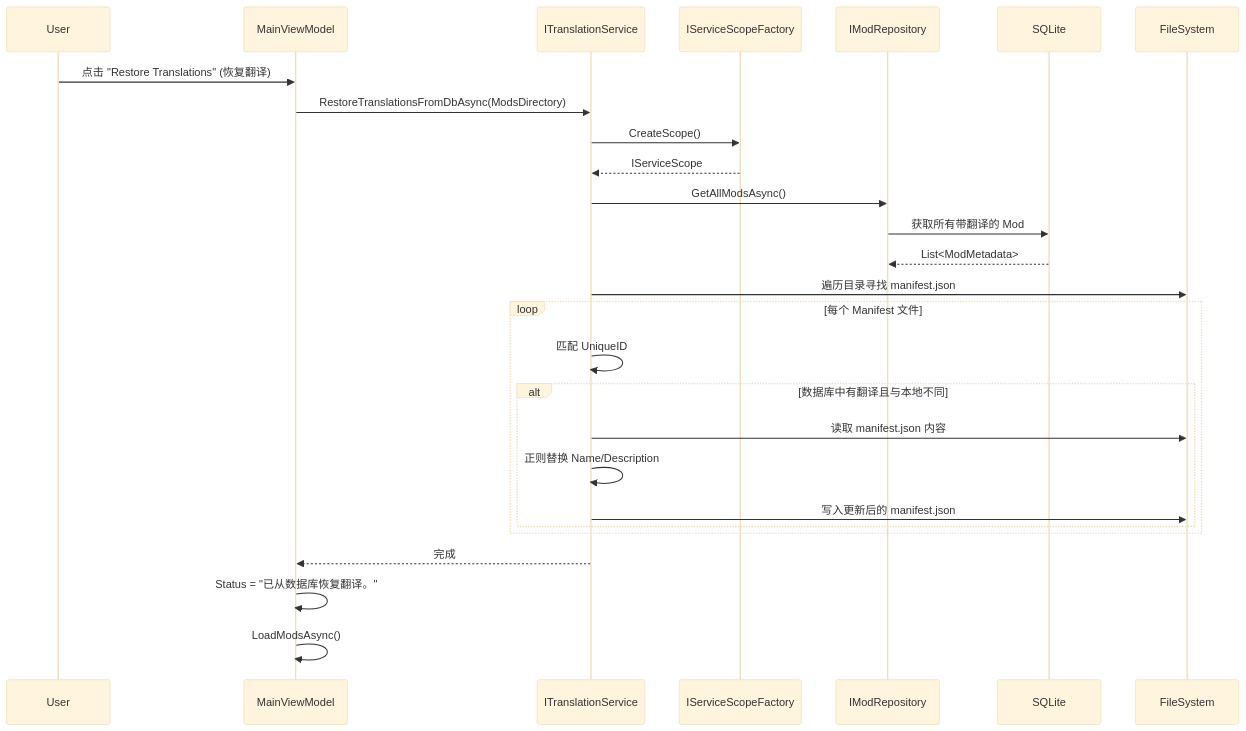
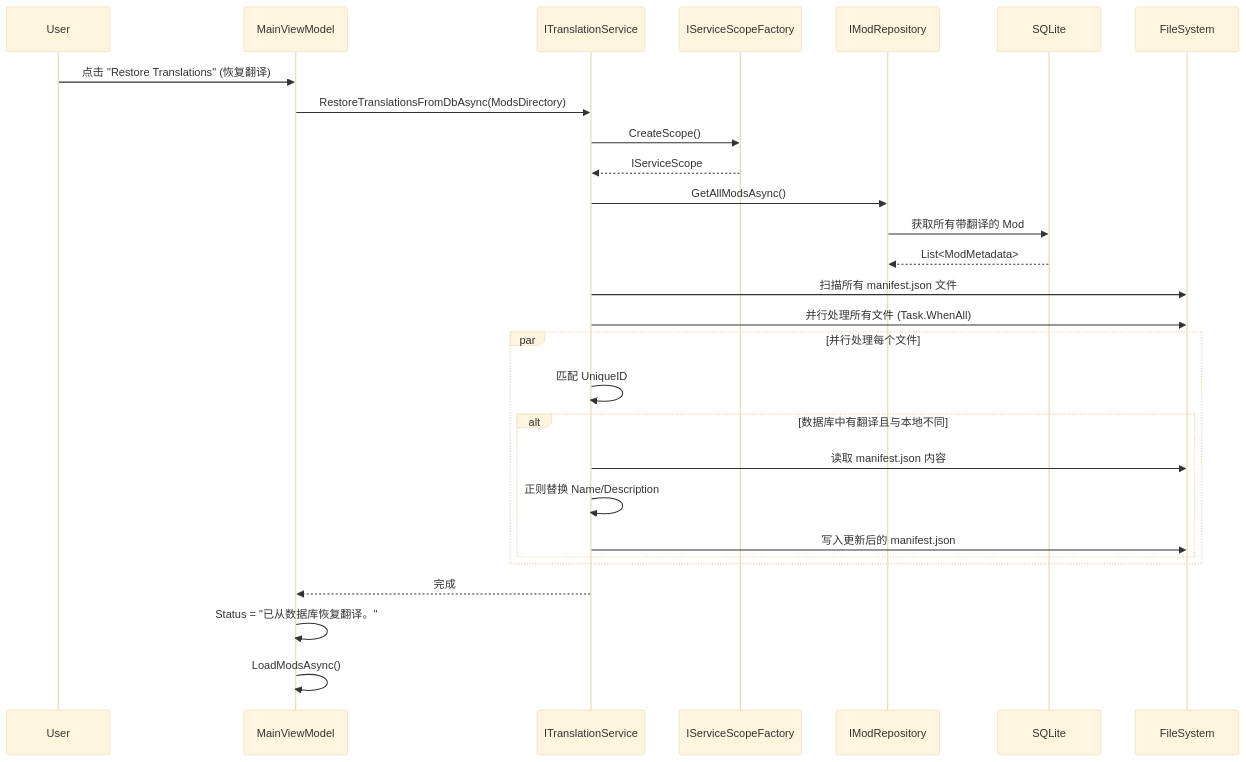
Before and after one commit to Sisyphean-a/SMTMS: the tenth of 11 diagrams in docs/ARCHITECTURE.md, drawn with Mermaid (base theme). The commit also changed other lines of this file and 5 other files, not shown here.

````diff
--- a/docs/ARCHITECTURE.md
+++ b/docs/ARCHITECTURE.md
@@ -281,33 +295,34 @@
 ```mermaid
 sequenceDiagram
     participant U as User
     participant VM as MainViewModel
     participant TS as ITranslationService
     participant Scope as IServiceScopeFactory
     participant Repo as IModRepository
     participant DB as SQLite
     participant FS as FileSystem
 
     U->>VM: 点击 "Restore Translations" (恢复翻译)
     VM->>TS: RestoreTranslationsFromDbAsync(ModsDirectory)
 
     TS->>Scope: CreateScope()
     Scope-->>TS: IServiceScope
     TS->>Repo: GetAllModsAsync()
     Repo->>DB: 获取所有带翻译的 Mod
     DB-->>Repo: List<ModMetadata>
 
-    TS->>FS: 遍历目录寻找 manifest.json
-    loop 每个 Manifest 文件
+    TS->>FS: 扫描所有 manifest.json 文件
+    TS->>FS: 并行处理所有文件 (Task.WhenAll)
+    par 并行处理每个文件
         TS->>TS: 匹配 UniqueID
         alt 数据库中有翻译且与本地不同
             TS->>FS: 读取 manifest.json 内容
             TS->>TS: 正则替换 Name/Description
             TS->>FS: 写入更新后的 manifest.json
         end
     end
 
     TS-->>VM: 完成
     VM->>VM: Status = "已从数据库恢复翻译。"
     VM->>VM: LoadModsAsync()
 ```
````
